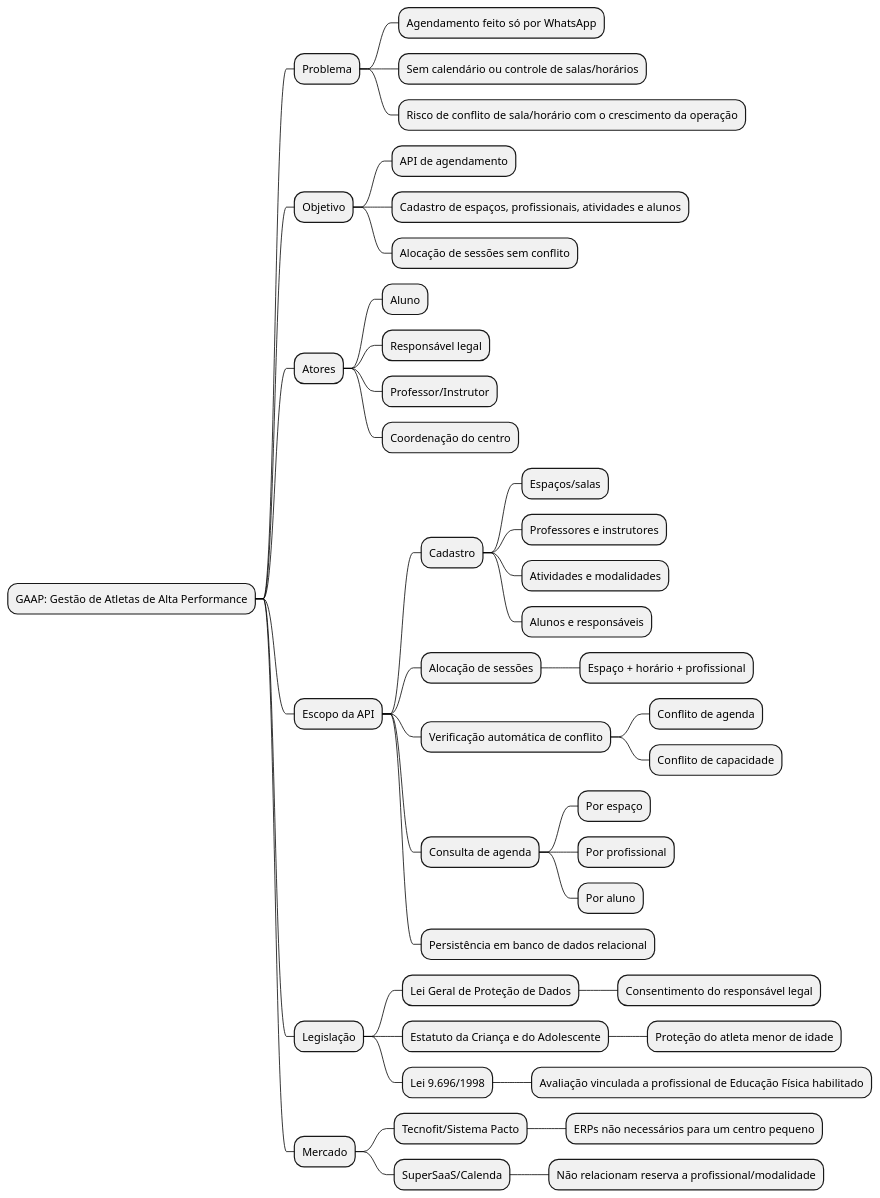
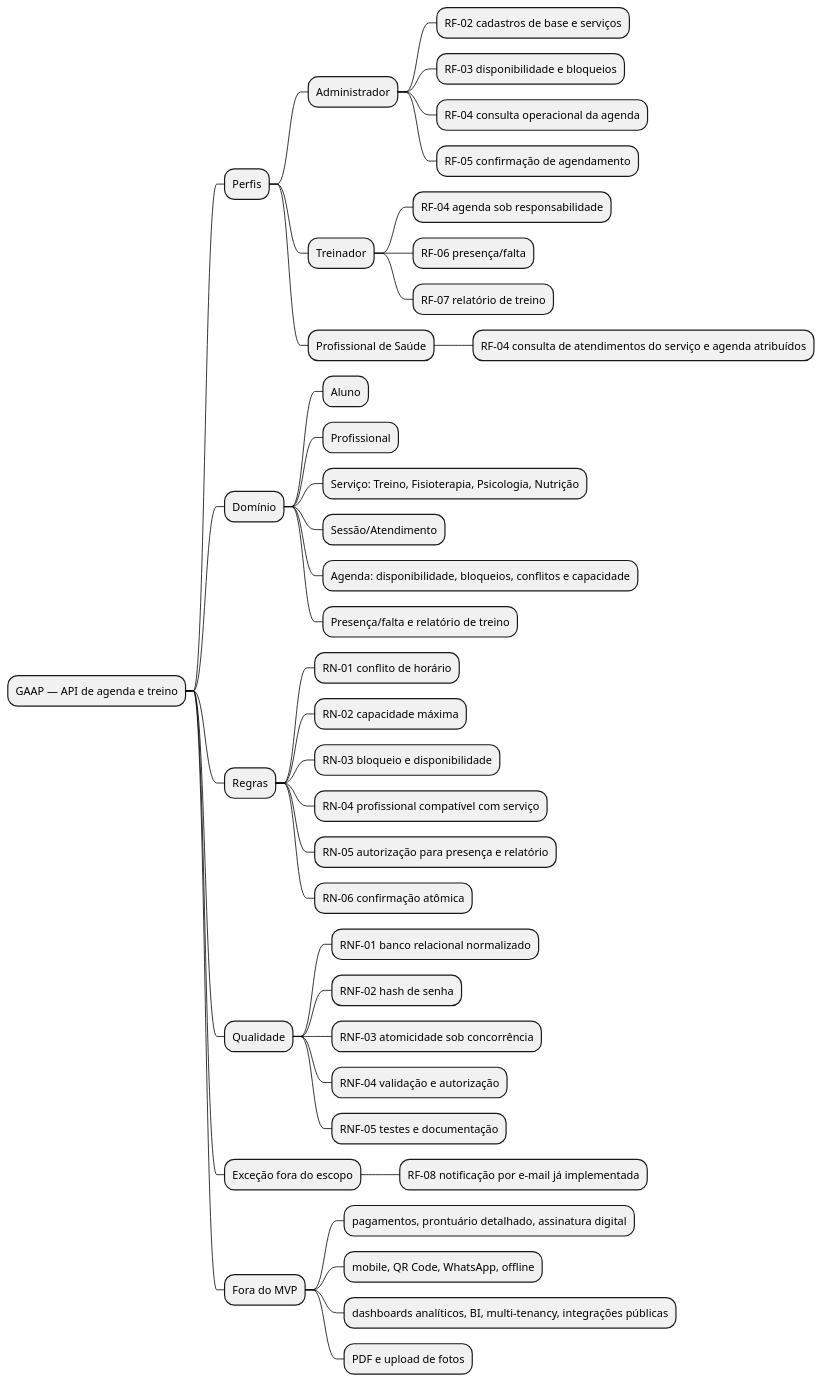
Before and after one commit to Projetos-de-Extensao/PECDII_26.2_8001_I: the diagram in docs/Iniciacao/mapa_mental.md, drawn with PlantUML. The commit also changed other lines of this file and 15 other files, not shown here.

````diff
--- a/docs/Iniciacao/mapa_mental.md
+++ b/docs/Iniciacao/mapa_mental.md
@@ -22,50 +9,48 @@
 ```plantuml
 @startmindmap gaap_mapa_mental
 skinparam monochrome true
 skinparam ArrowColor #000000
 skinparam NodeFontSize 14
 
-* GAAP: Gestão de Atletas de Alta Performance
-** Problema
-*** Agendamento feito só por WhatsApp
-*** Sem calendário ou controle de salas/horários
-*** Risco de conflito de sala/horário com o crescimento da operação
-** Objetivo
-*** API de agendamento
-*** Cadastro de espaços, profissionais, atividades e alunos
-*** Alocação de sessões sem conflito
-** Atores
+* GAAP — API de agenda e treino
+** Perfis
+*** Administrador
+**** RF-02 cadastros de base e serviços
+**** RF-03 disponibilidade e bloqueios
+**** RF-04 consulta operacional da agenda
+**** RF-05 confirmação de agendamento
+*** Treinador
+**** RF-04 agenda sob responsabilidade
+**** RF-06 presença/falta
+**** RF-07 relatório de treino
+*** Profissional de Saúde
+**** RF-04 consulta de atendimentos do serviço e agenda atribuídos
+** Domínio
 *** Aluno
-*** Responsável legal
-*** Professor/Instrutor
-*** Coordenação do centro
-** Escopo da API
-*** Cadastro
-    **** Espaços/salas
-    **** Professores e instrutores
-    **** Atividades e modalidades
-    **** Alunos e responsáveis
-*** Alocação de sessões
-    **** Espaço + horário + profissional
-*** Verificação automática de conflito
-    **** Conflito de agenda
-    **** Conflito de capacidade
-*** Consulta de agenda
-    **** Por espaço
-    **** Por profissional
-    **** Por aluno
-*** Persistência em banco de dados relacional
-** Legislação
-*** Lei Geral de Proteção de Dados
-    **** Consentimento do responsável legal
-*** Estatuto da Criança e do Adolescente
-    **** Proteção do atleta menor de idade
-*** Lei 9.696/1998
-    **** Avaliação vinculada a profissional de Educação Física habilitado
-** Mercado
-*** Tecnofit/Sistema Pacto
-    **** ERPs não necessários para um centro pequeno
-*** SuperSaaS/Calenda
-    **** Não relacionam reserva a profissional/modalidade
+*** Profissional
+*** Serviço: Treino, Fisioterapia, Psicologia, Nutrição
+*** Sessão/Atendimento
+*** Agenda: disponibilidade, bloqueios, conflitos e capacidade
+*** Presença/falta e relatório de treino
+** Regras
+*** RN-01 conflito de horário
+*** RN-02 capacidade máxima
+*** RN-03 bloqueio e disponibilidade
+*** RN-04 profissional compatível com serviço
+*** RN-05 autorização para presença e relatório
+*** RN-06 confirmação atômica
+** Qualidade
+*** RNF-01 banco relacional normalizado
+*** RNF-02 hash de senha
+*** RNF-03 atomicidade sob concorrência
+*** RNF-04 validação e autorização
+*** RNF-05 testes e documentação
+** Exceção fora do escopo
+*** RF-08 notificação por e-mail já implementada
+** Fora do MVP
+*** pagamentos, prontuário detalhado, assinatura digital
+*** mobile, QR Code, WhatsApp, offline
+*** dashboards analíticos, BI, multi-tenancy, integrações públicas
+*** PDF e upload de fotos
 @endmindmap
 ```
````
